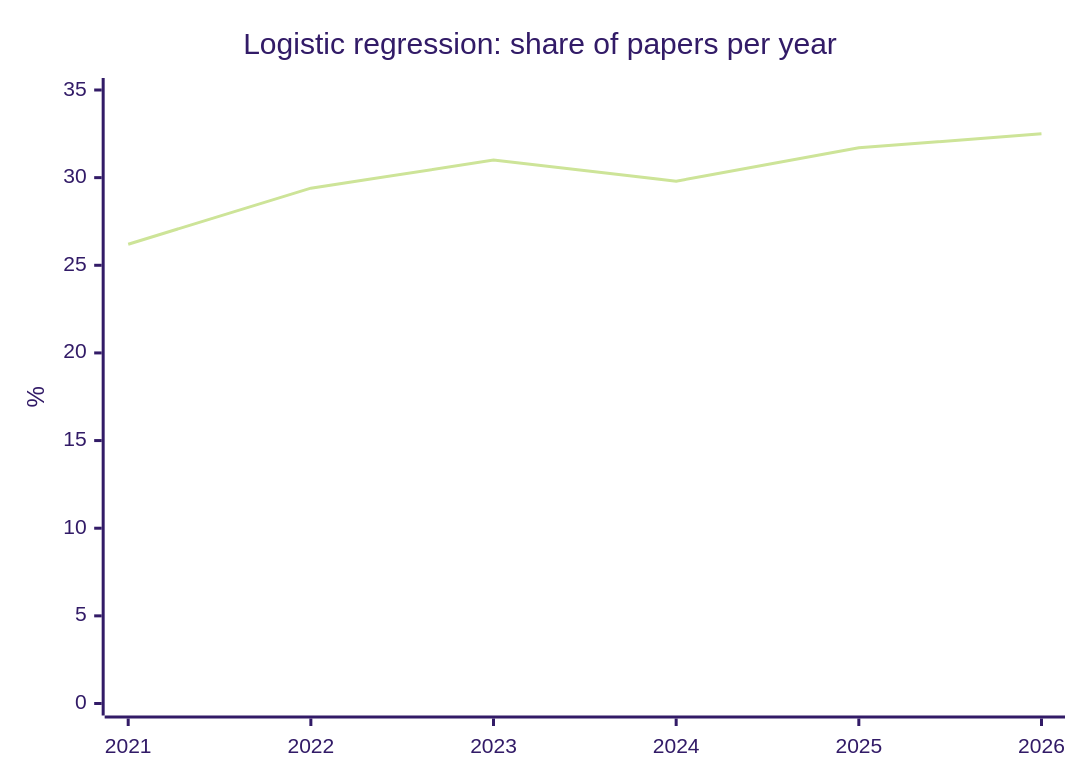
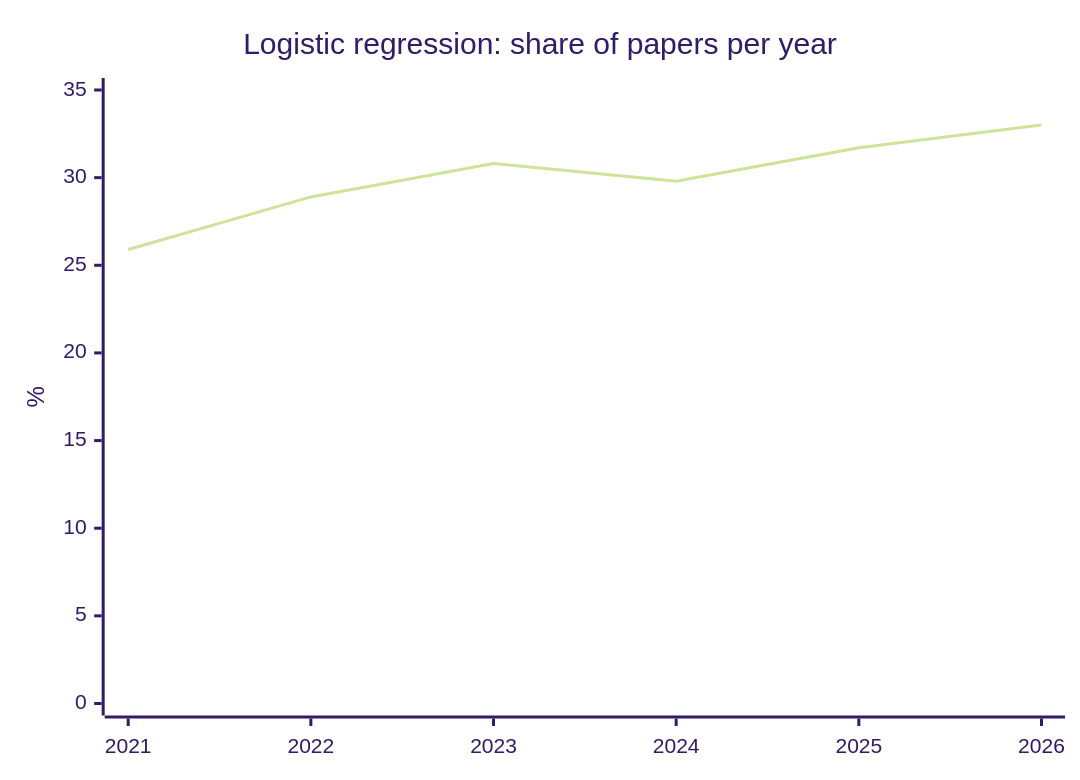
Before and after one commit to nfdi4health/datashield-function-ideas: the third of 5 diagrams in literature-watch/reports/overview.md, drawn with Mermaid (forest theme). The commit also changed other lines of this file and 1 other file, not shown here.

````diff
--- a/literature-watch/reports/overview.md
+++ b/literature-watch/reports/overview.md
@@ -68,7 +68,7 @@
 ```mermaid
 xychart-beta
   title "Logistic regression: share of papers per year"
   x-axis [2021, 2022, 2023, 2024, 2025, 2026]
   y-axis "%" 0 --> 35
-  line [26.2, 29.4, 31.0, 29.8, 31.7, 32.5]
+  line [25.9, 28.9, 30.8, 29.8, 31.7, 33.0]
 ```
````
